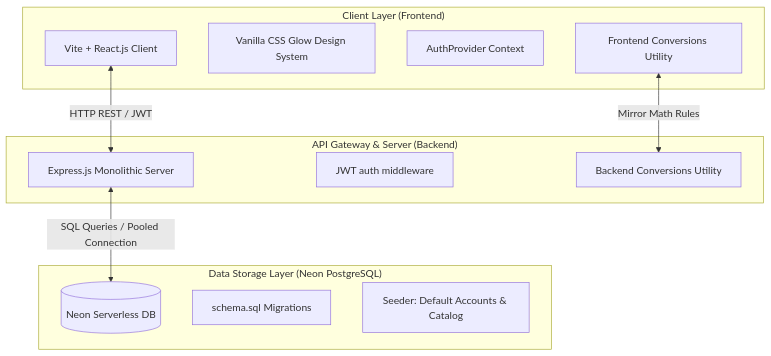
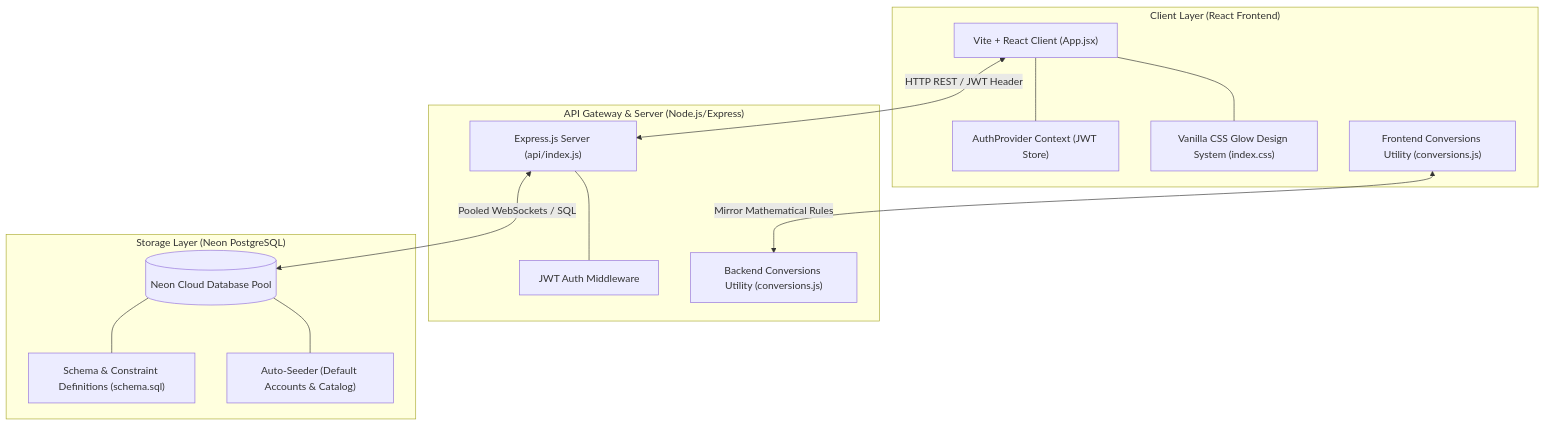
One commit to NishaSinha123/company-product changed the first of 4 diagrams in README.md. Above: the diagram before and after it, drawn with Mermaid. The commit also changed other lines of this file, not shown here.

Commit message:
docs: update README.md with comprehensive system design and setup guide

````diff
--- a/README.md
+++ b/README.md
@@ -20,25 +20,30 @@
 ```mermaid
 graph TD
-  subgraph "Client Layer (Frontend)"
-    UI[Vite + React.js Client]
-    CSS[Vanilla CSS Glow Design System]
-    Auth[AuthProvider Context]
-    ConvFE[Frontend Conversions Utility]
+  subgraph Client_Layer ["Client Layer (React Frontend)"]
+    UI["Vite + React Client (App.jsx)"]
+    Ctx["AuthProvider Context (JWT Store)"]
+    CSS["Vanilla CSS Glow Design System (index.css)"]
+    ConvFE["Frontend Conversions Utility (conversions.js)"]
   end
 
-  subgraph "API Gateway & Server (Backend)"
-    Srv[Express.js Monolithic Server]
-    JWT[JWT auth middleware]
-    ConvBE[Backend Conversions Utility]
+  subgraph API_Layer ["API Gateway & Server (Node.js/Express)"]
+    Srv["Express.js Server (api/index.js)"]
+    JWT["JWT Auth Middleware"]
+    ConvBE["Backend Conversions Utility (conversions.js)"]
   end
 
-  subgraph "Data Storage Layer (Neon PostgreSQL)"
-    DB[(Neon Serverless DB)]
-    Schema[schema.sql Migrations]
-    Seed[Seeder: Default Accounts & Catalog]
+  subgraph Database_Layer ["Storage Layer (Neon PostgreSQL)"]
+    DB[("Neon Cloud Database Pool")]
+    Schema["Schema & Constraint Definitions (schema.sql)"]
+    Seeder["Auto-Seeder (Default Accounts & Catalog)"]
   end
 
-  UI <-->|HTTP REST / JWT| Srv
-  Srv <-->|SQL Queries / Pooled Connection| DB
-  ConvFE <-->|Mirror Math Rules| ConvBE
+  UI <-->|HTTP REST / JWT Header| Srv
+  UI --- Ctx
+  UI --- CSS
+  ConvFE <-->|Mirror Mathematical Rules| ConvBE
+  Srv --- JWT
+  Srv <-->|Pooled WebSockets / SQL| DB
+  DB --- Schema
+  DB --- Seeder
 ```
````
